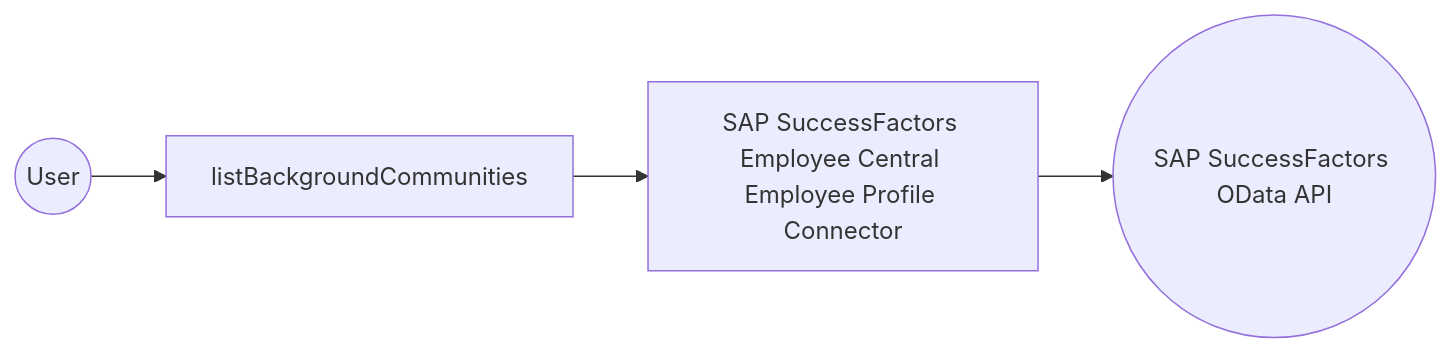
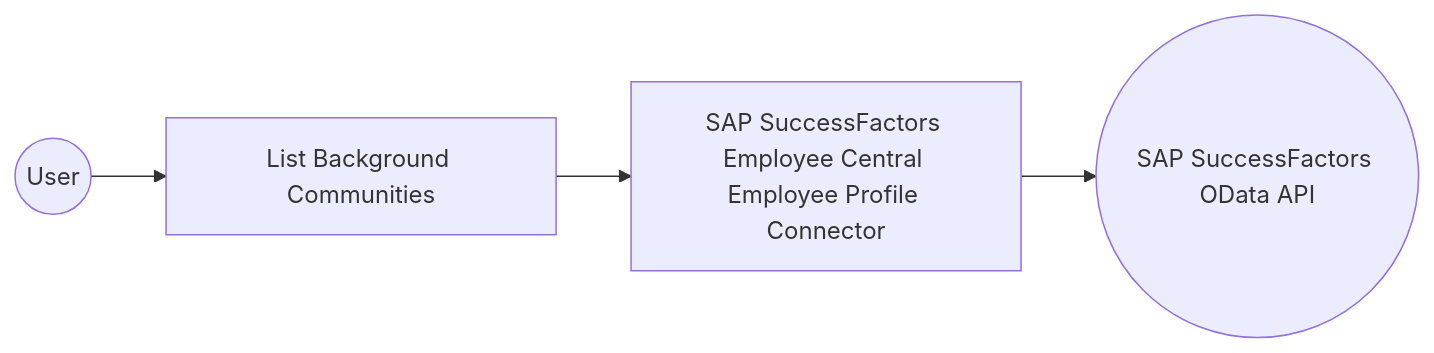
Before and after one commit to wso2/docs-integrator: the diagram in en/docs/connectors/catalog/hrms/sap.successfactors.ecemployeeprofile/example.md, drawn with Mermaid. The commit also changed other lines of this file and 6 other files, not shown here.

````diff
--- a/en/docs/connectors/catalog/hrms/sap.successfactors.ecemployeeprofile/example.md
+++ b/en/docs/connectors/catalog/hrms/sap.successfactors.ecemployeeprofile/example.md
@@ -12,6 +12,6 @@
 ```mermaid
 flowchart LR
-    A((User)) --> B[listBackgroundCommunities]
+    A((User)) --> B[List Background Communities]
     B --> C[SAP SuccessFactors Employee Central Employee Profile Connector]
     C --> D((SAP SuccessFactors OData API))
 ```
````
